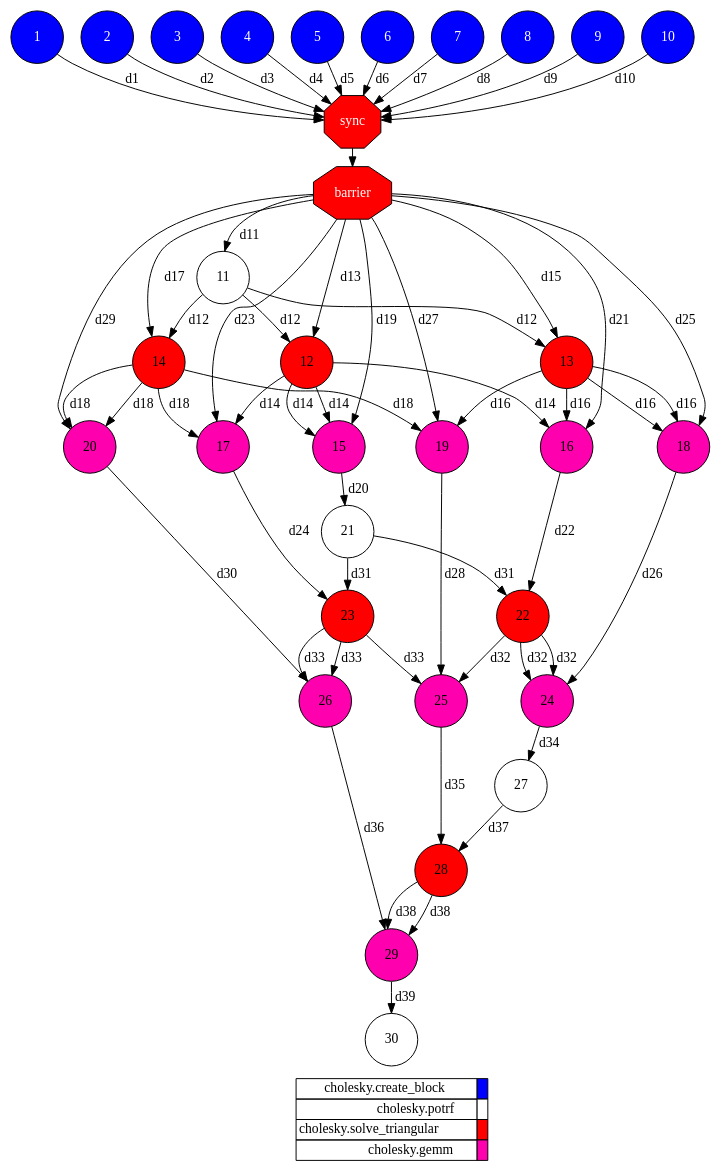
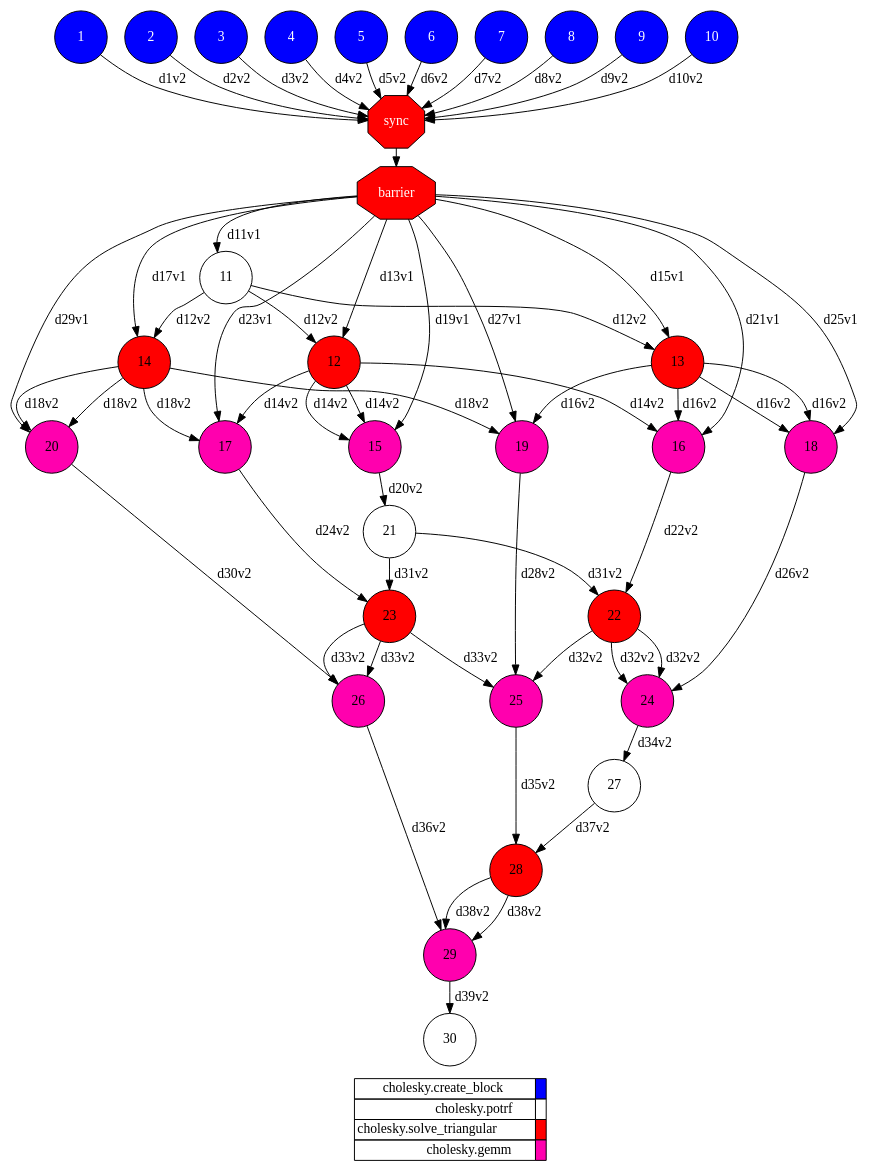
The diagram in examples/cholesky/results/local/userparallel/complete_graph.dot (cristianrcv/pycompss-autoparallel), drawn with Graphviz before and after one commit. The commit also changed 131 other files, not shown here.

```diff
--- a/examples/cholesky/results/local/userparallel/complete_graph.dot
+++ b/examples/cholesky/results/local/userparallel/complete_graph.dot
@@ -1,123 +1,123 @@
 digraph {
   rankdir=TB;
   labeljust="l";
   subgraph dependence_graph {
     ranksep=0.20;
     node[height=0.75];
 
 1[shape=circle, style=filled fillcolor="#0000ff" fontcolor="#ffffff"];
 2[shape=circle, style=filled fillcolor="#0000ff" fontcolor="#ffffff"];
 3[shape=circle, style=filled fillcolor="#0000ff" fontcolor="#ffffff"];
 4[shape=circle, style=filled fillcolor="#0000ff" fontcolor="#ffffff"];
 5[shape=circle, style=filled fillcolor="#0000ff" fontcolor="#ffffff"];
 6[shape=circle, style=filled fillcolor="#0000ff" fontcolor="#ffffff"];
 7[shape=circle, style=filled fillcolor="#0000ff" fontcolor="#ffffff"];
 8[shape=circle, style=filled fillcolor="#0000ff" fontcolor="#ffffff"];
 9[shape=circle, style=filled fillcolor="#0000ff" fontcolor="#ffffff"];
 10[shape=circle, style=filled fillcolor="#0000ff" fontcolor="#ffffff"];
 Synchro1[label="sync", shape=octagon, style=filled fillcolor="#ff0000" fontcolor="#FFFFFF"];
-1 -> Synchro1[ label="d1" ];
-2 -> Synchro1[ label="d2" ];
-3 -> Synchro1[ label="d3" ];
-4 -> Synchro1[ label="d4" ];
-5 -> Synchro1[ label="d5" ];
-6 -> Synchro1[ label="d6" ];
-7 -> Synchro1[ label="d7" ];
-8 -> Synchro1[ label="d8" ];
-9 -> Synchro1[ label="d9" ];
-10 -> Synchro1[ label="d10" ];
+1 -> Synchro1[ label="d1v2" ];
+2 -> Synchro1[ label="d2v2" ];
+3 -> Synchro1[ label="d3v2" ];
+4 -> Synchro1[ label="d4v2" ];
+5 -> Synchro1[ label="d5v2" ];
+6 -> Synchro1[ label="d6v2" ];
+7 -> Synchro1[ label="d7v2" ];
+8 -> Synchro1[ label="d8v2" ];
+9 -> Synchro1[ label="d9v2" ];
+10 -> Synchro1[ label="d10v2" ];
 Synchro2[label="barrier", shape=octagon, style=filled fillcolor="#ff0000" fontcolor="#FFFFFF"];
 Synchro1 -> Synchro2;
 11[shape=circle, style=filled fillcolor="#ffffff" fontcolor="#000000"];
-Synchro2 -> 11[ label="d11" ];
+Synchro2 -> 11[ label="d11v1" ];
 12[shape=circle, style=filled fillcolor="#ff0000" fontcolor="#000000"];
-11 -> 12[ label="d12" ];
-Synchro2 -> 12[ label="d13" ];
+11 -> 12[ label="d12v2" ];
+Synchro2 -> 12[ label="d13v1" ];
 13[shape=circle, style=filled fillcolor="#ff0000" fontcolor="#000000"];
-11 -> 13[ label="d12" ];
-Synchro2 -> 13[ label="d15" ];
+11 -> 13[ label="d12v2" ];
+Synchro2 -> 13[ label="d15v1" ];
 14[shape=circle, style=filled fillcolor="#ff0000" fontcolor="#000000"];
-11 -> 14[ label="d12" ];
-Synchro2 -> 14[ label="d17" ];
+11 -> 14[ label="d12v2" ];
+Synchro2 -> 14[ label="d17v1" ];
 15[shape=circle, style=filled fillcolor="#ff00ae" fontcolor="#000000"];
-12 -> 15[ label="d14" ];
-12 -> 15[ label="d14" ];
-Synchro2 -> 15[ label="d19" ];
+12 -> 15[ label="d14v2" ];
+12 -> 15[ label="d14v2" ];
+Synchro2 -> 15[ label="d19v1" ];
 16[shape=circle, style=filled fillcolor="#ff00ae" fontcolor="#000000"];
-13 -> 16[ label="d16" ];
-12 -> 16[ label="d14" ];
-Synchro2 -> 16[ label="d21" ];
+13 -> 16[ label="d16v2" ];
+12 -> 16[ label="d14v2" ];
+Synchro2 -> 16[ label="d21v1" ];
 17[shape=circle, style=filled fillcolor="#ff00ae" fontcolor="#000000"];
-14 -> 17[ label="d18" ];
-12 -> 17[ label="d14" ];
-Synchro2 -> 17[ label="d23" ];
+14 -> 17[ label="d18v2" ];
+12 -> 17[ label="d14v2" ];
+Synchro2 -> 17[ label="d23v1" ];
 18[shape=circle, style=filled fillcolor="#ff00ae" fontcolor="#000000"];
-13 -> 18[ label="d16" ];
-13 -> 18[ label="d16" ];
-Synchro2 -> 18[ label="d25" ];
+13 -> 18[ label="d16v2" ];
+13 -> 18[ label="d16v2" ];
+Synchro2 -> 18[ label="d25v1" ];
 19[shape=circle, style=filled fillcolor="#ff00ae" fontcolor="#000000"];
-14 -> 19[ label="d18" ];
-13 -> 19[ label="d16" ];
-Synchro2 -> 19[ label="d27" ];
+14 -> 19[ label="d18v2" ];
+13 -> 19[ label="d16v2" ];
+Synchro2 -> 19[ label="d27v1" ];
 20[shape=circle, style=filled fillcolor="#ff00ae" fontcolor="#000000"];
-14 -> 20[ label="d18" ];
-14 -> 20[ label="d18" ];
-Synchro2 -> 20[ label="d29" ];
+14 -> 20[ label="d18v2" ];
+14 -> 20[ label="d18v2" ];
+Synchro2 -> 20[ label="d29v1" ];
 21[shape=circle, style=filled fillcolor="#ffffff" fontcolor="#000000"];
-15 -> 21[ label="d20" ];
+15 -> 21[ label="d20v2" ];
 22[shape=circle, style=filled fillcolor="#ff0000" fontcolor="#000000"];
-21 -> 22[ label="d31" ];
-16 -> 22[ label="d22" ];
+21 -> 22[ label="d31v2" ];
+16 -> 22[ label="d22v2" ];
 23[shape=circle, style=filled fillcolor="#ff0000" fontcolor="#000000"];
-21 -> 23[ label="d31" ];
-17 -> 23[ label="d24" ];
+21 -> 23[ label="d31v2" ];
+17 -> 23[ label="d24v2" ];
 24[shape=circle, style=filled fillcolor="#ff00ae" fontcolor="#000000"];
-22 -> 24[ label="d32" ];
-22 -> 24[ label="d32" ];
-18 -> 24[ label="d26" ];
+22 -> 24[ label="d32v2" ];
+22 -> 24[ label="d32v2" ];
+18 -> 24[ label="d26v2" ];
 25[shape=circle, style=filled fillcolor="#ff00ae" fontcolor="#000000"];
-23 -> 25[ label="d33" ];
-22 -> 25[ label="d32" ];
-19 -> 25[ label="d28" ];
+23 -> 25[ label="d33v2" ];
+22 -> 25[ label="d32v2" ];
+19 -> 25[ label="d28v2" ];
 26[shape=circle, style=filled fillcolor="#ff00ae" fontcolor="#000000"];
-23 -> 26[ label="d33" ];
-23 -> 26[ label="d33" ];
-20 -> 26[ label="d30" ];
+23 -> 26[ label="d33v2" ];
+23 -> 26[ label="d33v2" ];
+20 -> 26[ label="d30v2" ];
 27[shape=circle, style=filled fillcolor="#ffffff" fontcolor="#000000"];
-24 -> 27[ label="d34" ];
+24 -> 27[ label="d34v2" ];
 28[shape=circle, style=filled fillcolor="#ff0000" fontcolor="#000000"];
-27 -> 28[ label="d37" ];
-25 -> 28[ label="d35" ];
+27 -> 28[ label="d37v2" ];
+25 -> 28[ label="d35v2" ];
 29[shape=circle, style=filled fillcolor="#ff00ae" fontcolor="#000000"];
-28 -> 29[ label="d38" ];
-28 -> 29[ label="d38" ];
-26 -> 29[ label="d36" ];
+28 -> 29[ label="d38v2" ];
+28 -> 29[ label="d38v2" ];
+26 -> 29[ label="d36v2" ];
 30[shape=circle, style=filled fillcolor="#ffffff" fontcolor="#000000"];
-29 -> 30[ label="d39" ];  }
+29 -> 30[ label="d39v2" ];  }
   subgraph legend {
     rank=sink;
     node [shape=plaintext, height=0.75];
     ranksep=0.20;
     label = "Legend";
     key [label=<
       <table border="0" cellpadding="2" cellspacing="0" cellborder="1">
 <tr>
 <td align="right">cholesky.create_block</td>
 <td bgcolor="#0000ff">&nbsp;</td>
 </tr>
 <tr>
 <td align="right">cholesky.potrf</td>
 <td bgcolor="#ffffff">&nbsp;</td>
 </tr>
 <tr>
 <td align="right">cholesky.solve_triangular</td>
 <td bgcolor="#ff0000">&nbsp;</td>
 </tr>
 <tr>
 <td align="right">cholesky.gemm</td>
 <td bgcolor="#ff00ae">&nbsp;</td>
 </tr>
       </table>
     >]
   }
 }
```
